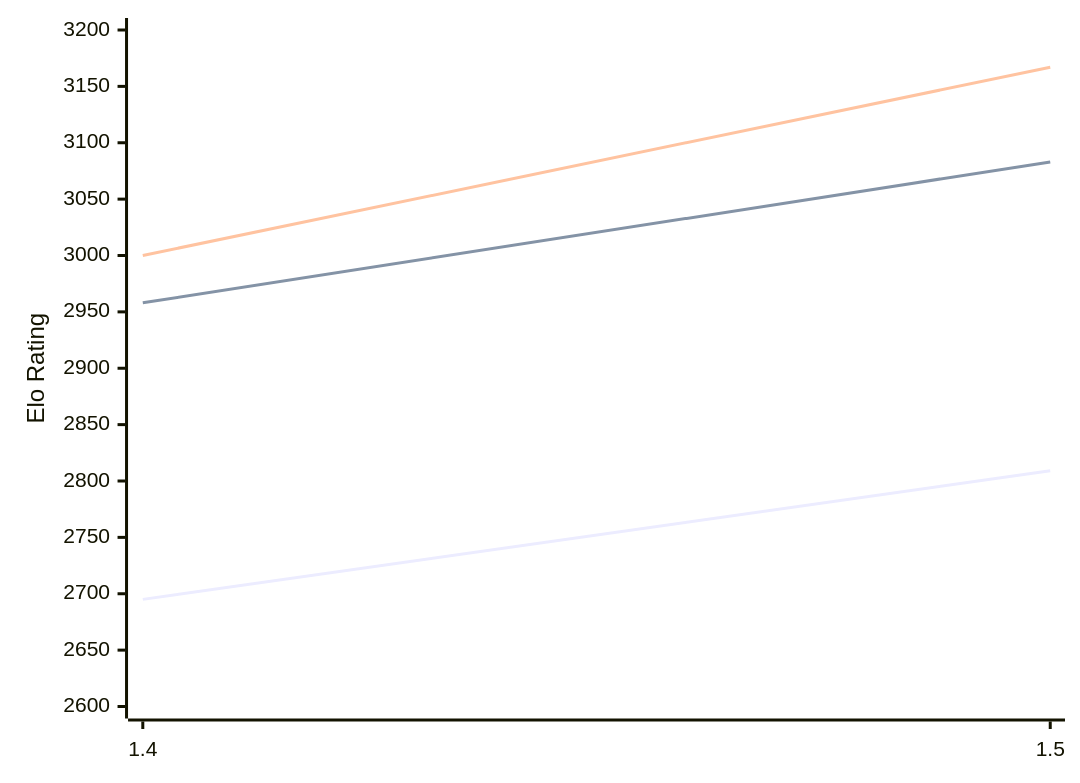
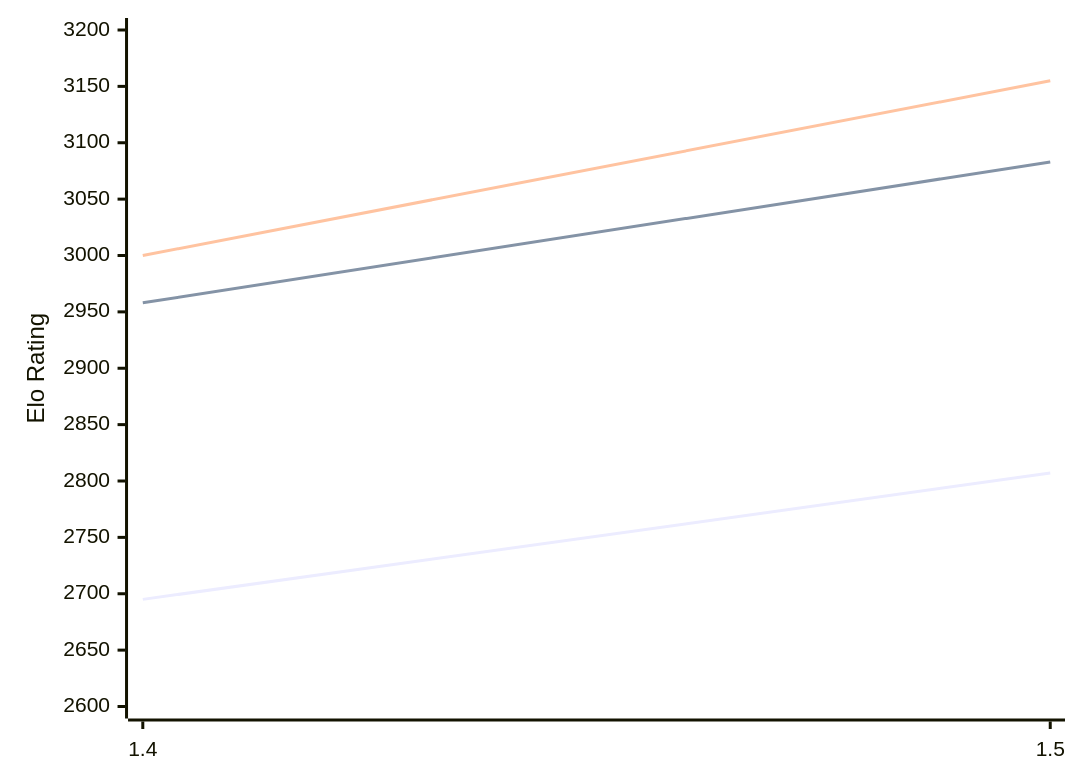
The diagram in engines/Yakka.md (computer-chess-index/cci), drawn with Mermaid before and after one commit. The commit also changed other lines of this file, not shown here.

Commit message:
Update CCI Ratings (ELO VLTC) - 2026-02-12

````diff
--- a/engines/Yakka.md
+++ b/engines/Yakka.md
@@ -33,9 +33,9 @@
 ```mermaid
 %%{init: {"theme":"base","themeVariables":{"seriesColors:['#a3a3a3','#222221','#faa371']}}}%%
 xychart-beta
   x-axis ["1.4", "1.5"]
   y-axis "Elo Rating" 2600 --> 3200
-  line "STC (8.0+0.08s)" [2695, 2809]
+  line "STC (8.0+0.08s)" [2695, 2807]
   line "LTC (60.0+0.60s)" [2958, 3083]
-  line "VLTC (2m24s+1.12s)" [3000, 3167]
+  line "VLTC (2m24s+1.12s)" [3000, 3155]
 ```
````
